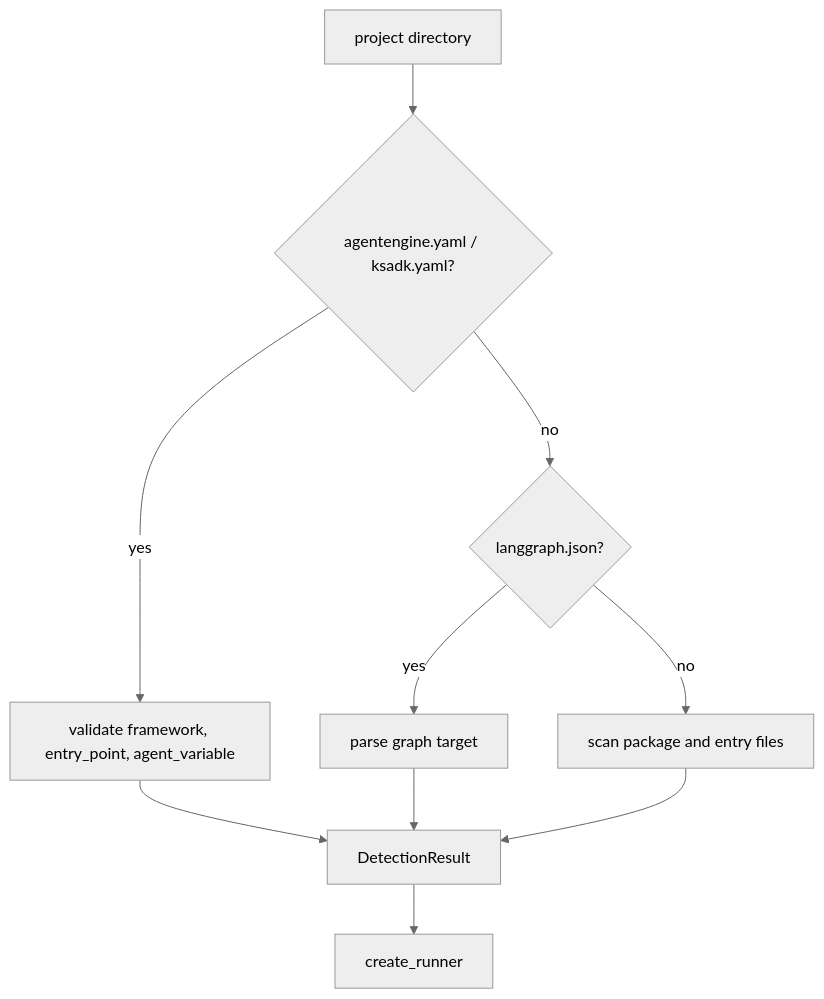
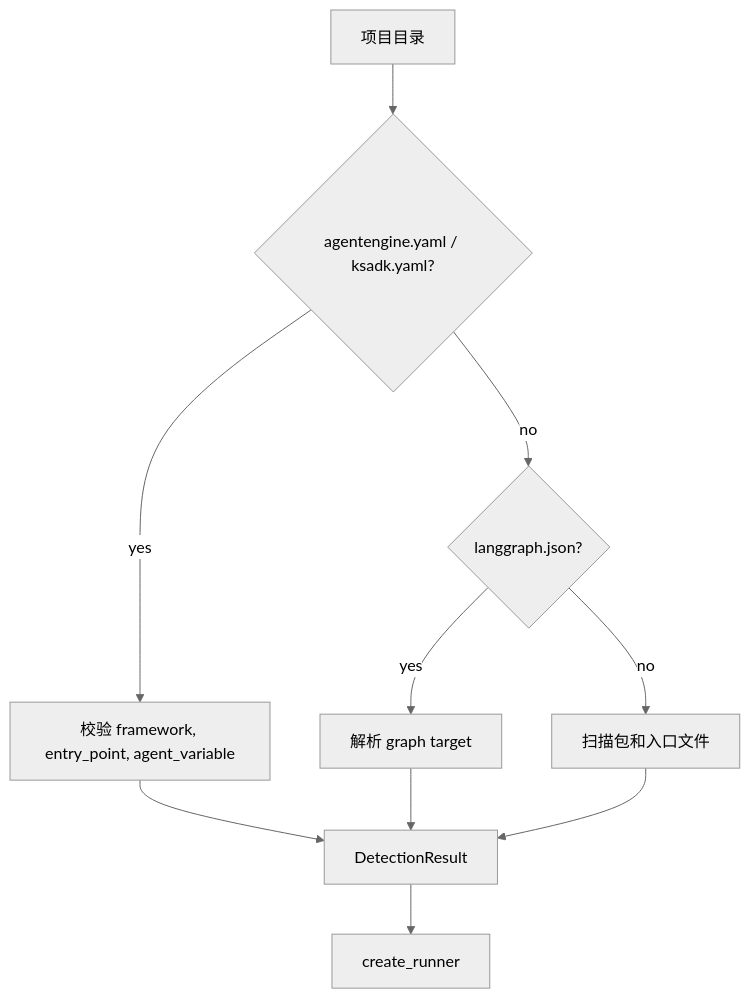
Before and after one commit to kingsoftcloud/ksadk-python: the third of 4 diagrams in public-docs/guides/runtime-architecture.md, drawn with Mermaid (neutral theme). The commit also changed other lines of this file and 107 other files, not shown here.

````diff
--- a/public-docs/guides/runtime-architecture.md
+++ b/public-docs/guides/runtime-architecture.md
@@ -88,12 +98,12 @@
 ```mermaid
 flowchart TD
-  A["project directory"] --> B{"agentengine.yaml / ksadk.yaml?"}
-  B -->|yes| C["validate framework, entry_point, agent_variable"]
+  A["项目目录"] --> B{"agentengine.yaml / ksadk.yaml?"}
+  B -->|yes| C["校验 framework, entry_point, agent_variable"]
   B -->|no| D{"langgraph.json?"}
-  D -->|yes| E["parse graph target"]
-  D -->|no| F["scan package and entry files"]
+  D -->|yes| E["解析 graph target"]
+  D -->|no| F["扫描包和入口文件"]
   C --> G["DetectionResult"]
   E --> G
   F --> G
   G --> H["create_runner"]
 ```
````
